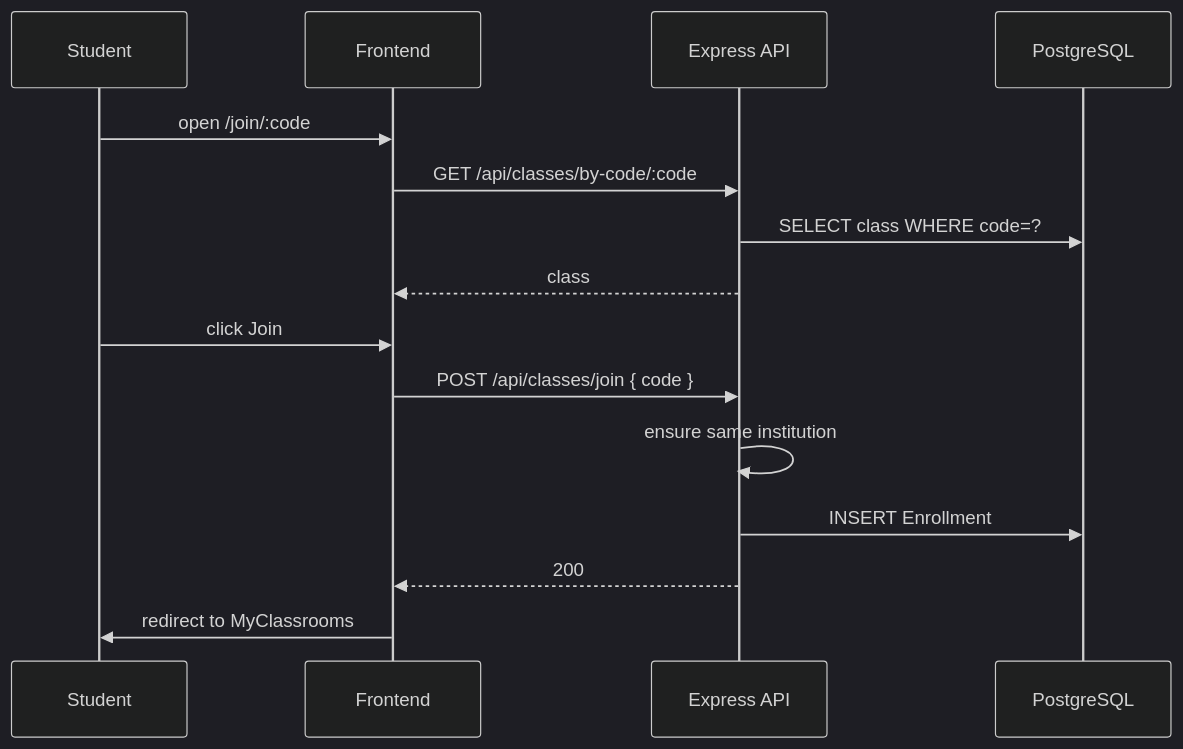
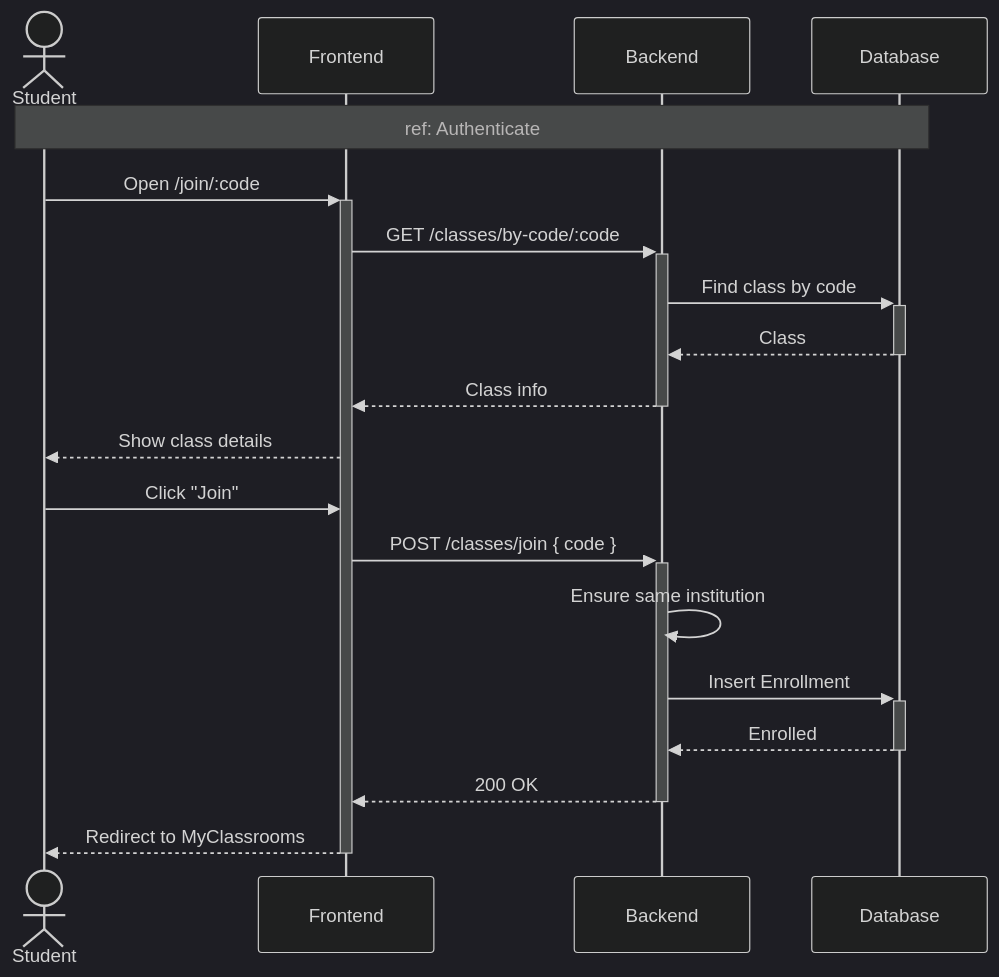
The ninth of 19 diagrams in docs/11_flows_and_diagrams.md (MaizaAymen/OmniLearn), drawn with Mermaid (dark theme) before and after one commit. The commit also changed other lines of this file and 4 other files, not shown here.

````diff
--- a/docs/11_flows_and_diagrams.md
+++ b/docs/11_flows_and_diagrams.md
@@ -470,18 +498,24 @@
 ```mermaid
 sequenceDiagram
-  participant S as Student
-  participant FE as Frontend
-  participant API as Express API
-  participant DB as PostgreSQL
+    actor Student
+    participant FE as Frontend
+    participant API as Backend
+    participant DB as Database
 
-  S->>FE: open /join/:code
-  FE->>API: GET /api/classes/by-code/:code
-  API->>DB: SELECT class WHERE code=?
-  API-->>FE: class
-  S->>FE: click Join
-  FE->>API: POST /api/classes/join { code }
-  API->>API: ensure same institution
-  API->>DB: INSERT Enrollment
-  API-->>FE: 200
-  FE->>S: redirect to MyClassrooms
+    Note over Student,DB: ref: Authenticate
+
+    Student->>+FE: Open /join/:code
+    FE->>+API: GET /classes/by-code/:code
+    API->>+DB: Find class by code
+    DB-->>-API: Class
+    API-->>-FE: Class info
+    FE-->>Student: Show class details
+
+    Student->>FE: Click "Join"
+    FE->>+API: POST /classes/join { code }
+    API->>API: Ensure same institution
+    API->>+DB: Insert Enrollment
+    DB-->>-API: Enrolled
+    API-->>-FE: 200 OK
+    FE-->>-Student: Redirect to MyClassrooms
 ```
````
